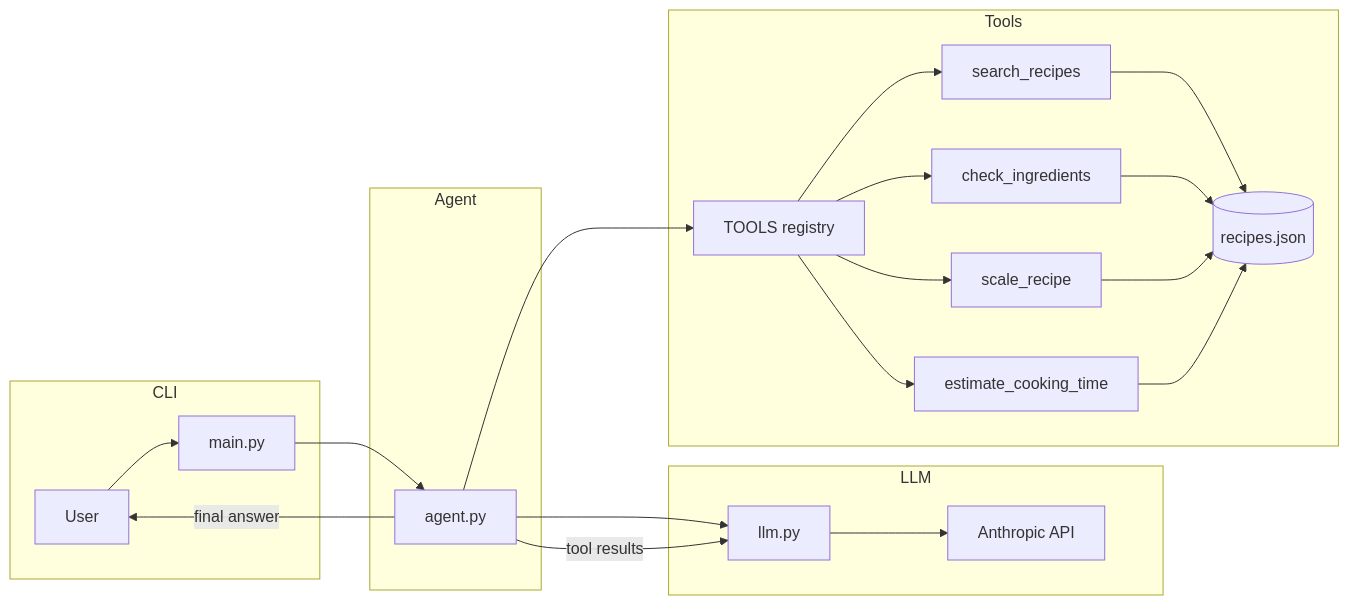
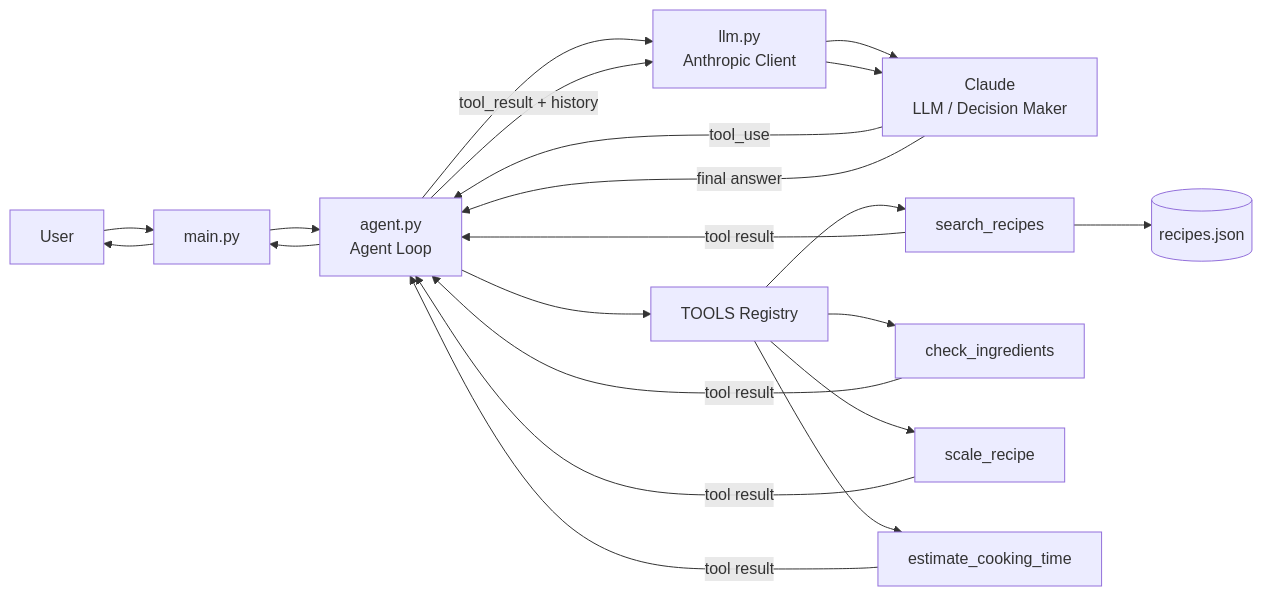
Before and after one commit to Keerthans097/meal-planning-agent: the diagram in README.md, drawn with Mermaid.

````diff
--- a/README.md
+++ b/README.md
@@ -44,41 +44,32 @@
 ```mermaid
 flowchart LR
-    subgraph cli [CLI]
-        User[User]
-        Main[main.py]
-    end
+    User[User] --> Main[main.py]
 
-    subgraph agent_layer [Agent]
-        Agent[agent.py]
-    end
+    Main --> Agent[agent.py<br/>Agent Loop]
 
-    subgraph llm_layer [LLM]
-        LLM[llm.py]
-        Claude[Anthropic API]
-    end
+    Agent --> LLM[llm.py<br/>Anthropic Client]
+    LLM --> Claude[Claude<br/>LLM / Decision Maker]
 
-    subgraph tools_layer [Tools]
-        Registry[TOOLS registry]
-        Search[search_recipes]
-        Check[check_ingredients]
-        Scale[scale_recipe]
-        Time[estimate_cooking_time]
-        Data[(recipes.json)]
-    end
+    Claude -->|tool_use| Agent
 
-    User --> Main
-    Main --> Agent
-    Agent --> LLM
+    Agent --> Registry[TOOLS Registry]
+
+    Registry --> Search[search_recipes]
+    Registry --> Check[check_ingredients]
+    Registry --> Scale[scale_recipe]
+    Registry --> Time[estimate_cooking_time]
+
+    Search --> Data[(recipes.json)]
+
+    Search -->|tool result| Agent
+    Check -->|tool result| Agent
+    Scale -->|tool result| Agent
+    Time -->|tool result| Agent
+
+    Agent -->|tool_result + history| LLM
     LLM --> Claude
-    Agent --> Registry
-    Registry --> Search
-    Registry --> Check
-    Registry --> Scale
-    Registry --> Time
-    Search --> Data
-    Check --> Data
-    Scale --> Data
-    Time --> Data
-    Agent -->|tool results| LLM
-    Agent -->|final answer| User
+
+    Claude -->|final answer| Agent
+    Agent --> Main
+    Main --> User
 ```
````
